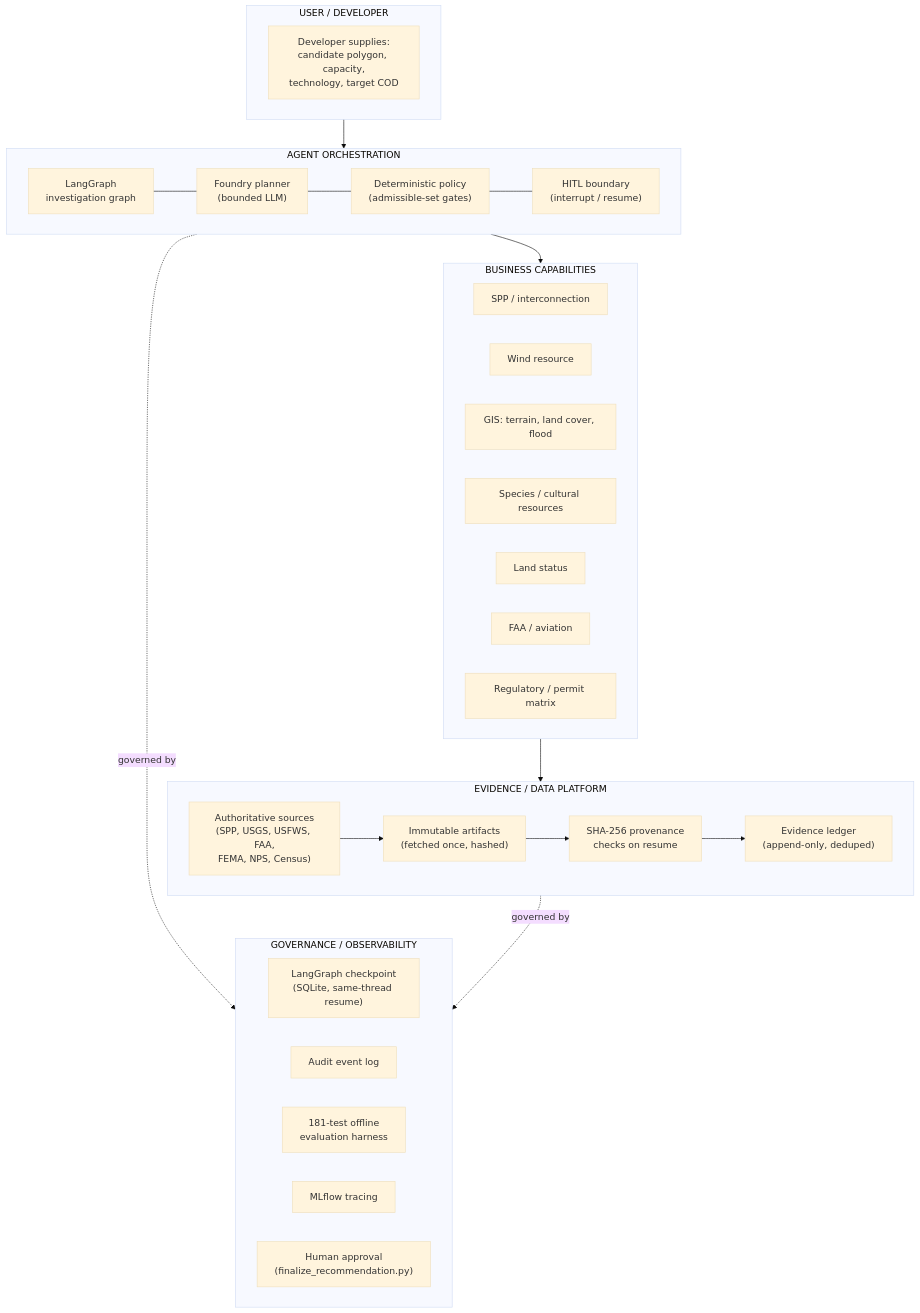
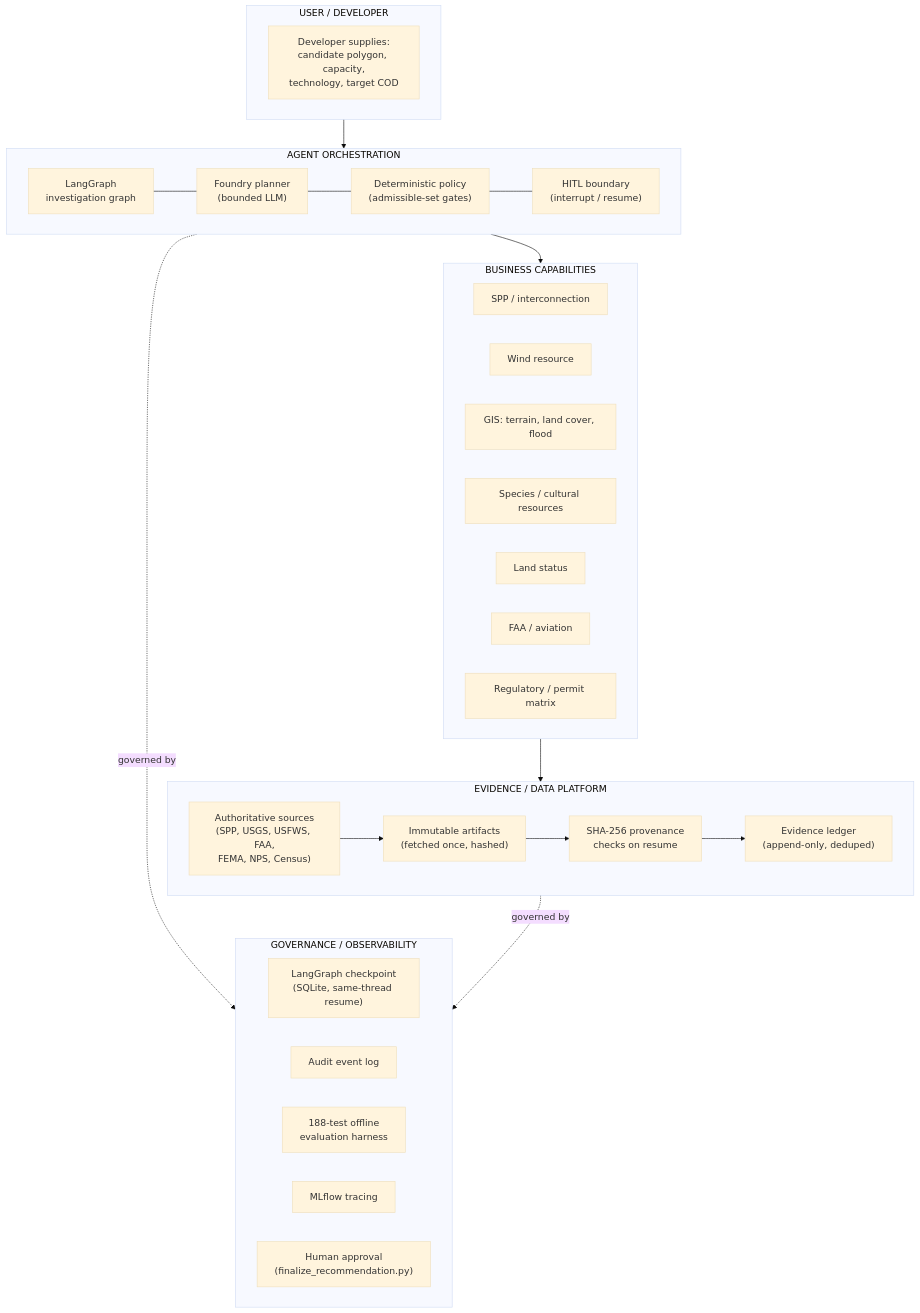
The first of 4 diagrams in docs/architecture/overview.md (manoharpavuluri/renewable-development-intelligence), drawn with Mermaid (base theme) before and after one commit. The commit also changed other lines of this file and 6 other files, not shown here.

````diff
--- a/docs/architecture/overview.md
+++ b/docs/architecture/overview.md
@@ -5,52 +5,52 @@
 ```mermaid
 flowchart TB
     subgraph L0["USER / DEVELOPER"]
         U["Developer supplies:<br/>candidate polygon, capacity,<br/>technology, target COD"]
     end
 
     subgraph L1["AGENT ORCHESTRATION"]
         direction LR
         LG["LangGraph<br/>investigation graph"]
         FP["Foundry planner<br/>(bounded LLM)"]
         DP["Deterministic policy<br/>(admissible-set gates)"]
         HITL["HITL boundary<br/>(interrupt / resume)"]
         LG --- FP
         FP --- DP
         DP --- HITL
     end
 
     subgraph L2["BUSINESS CAPABILITIES"]
         direction LR
         C1["SPP / interconnection"]
         C2["Wind resource"]
         C3["GIS: terrain, land cover, flood"]
         C4["Species / cultural resources"]
         C5["Land status"]
         C6["FAA / aviation"]
         C7["Regulatory / permit matrix"]
     end
 
     subgraph L3["EVIDENCE / DATA PLATFORM"]
         direction LR
         SRC["Authoritative sources<br/>(SPP, USGS, USFWS, FAA,<br/>FEMA, NPS, Census)"]
         ART["Immutable artifacts<br/>(fetched once, hashed)"]
         HASH["SHA-256 provenance<br/>checks on resume"]
         LEDGER["Evidence ledger<br/>(append-only, deduped)"]
         SRC --> ART --> HASH --> LEDGER
     end
 
     subgraph L4["GOVERNANCE / OBSERVABILITY"]
         direction LR
         CKPT["LangGraph checkpoint<br/>(SQLite, same-thread resume)"]
         AUDIT["Audit event log"]
-        EVAL["181-test offline<br/>evaluation harness"]
+        EVAL["188-test offline<br/>evaluation harness"]
         MLF["MLflow tracing"]
         APPR["Human approval<br/>(finalize_recommendation.py)"]
     end
 
     L0 --> L1
     L1 --> L2
     L2 --> L3
     L1 -.governed by.-> L4
     L3 -.governed by.-> L4
 ```
````
